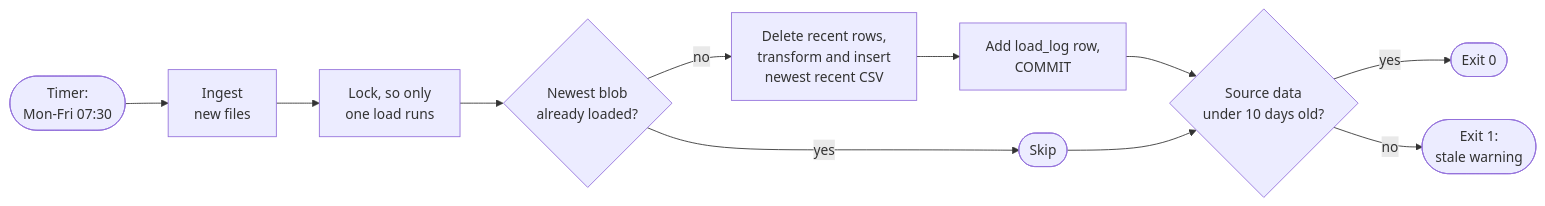
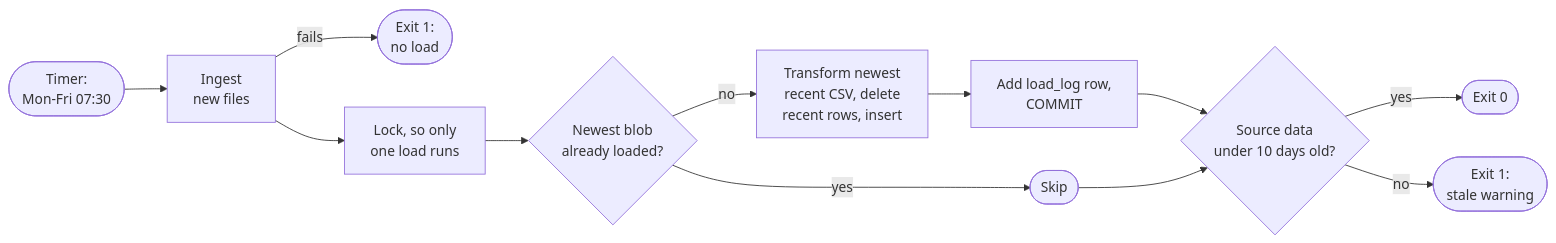
One commit to im-kenough/DineSafeViz changed the third of 3 diagrams in docs-new/ref/3-1-data-architecture-v3.md. Above: the diagram before and after it, drawn with Mermaid. The commit also changed other lines of this file, not shown here.

````diff
--- a/docs-new/ref/3-1-data-architecture-v3.md
+++ b/docs-new/ref/3-1-data-architecture-v3.md
@@ -122,13 +136,14 @@
 ```mermaid
 flowchart LR
     timer(["Timer:<br/>Mon-Fri 07:30"]) --> ingest["Ingest<br/>new files"]
+    ingest -- fails --> ifail(["Exit 1:<br/>no load"])
     ingest --> lock["Lock, so only<br/>one load runs"]
     lock --> cur{"Newest blob<br/>already loaded?"}
     cur -- yes --> skip(["Skip"])
-    cur -- no --> swap["Delete recent rows,<br/>transform and insert<br/>newest recent CSV"]
+    cur -- no --> swap["Transform newest<br/>recent CSV, delete<br/>recent rows, insert"]
     swap --> commit["Add load_log row,<br/>COMMIT"]
     commit --> fresh{"Source data<br/>under 10 days old?"}
     skip --> fresh
     fresh -- yes --> ok(["Exit 0"])
     fresh -- no --> stale(["Exit 1:<br/>stale warning"])
 ```
````
